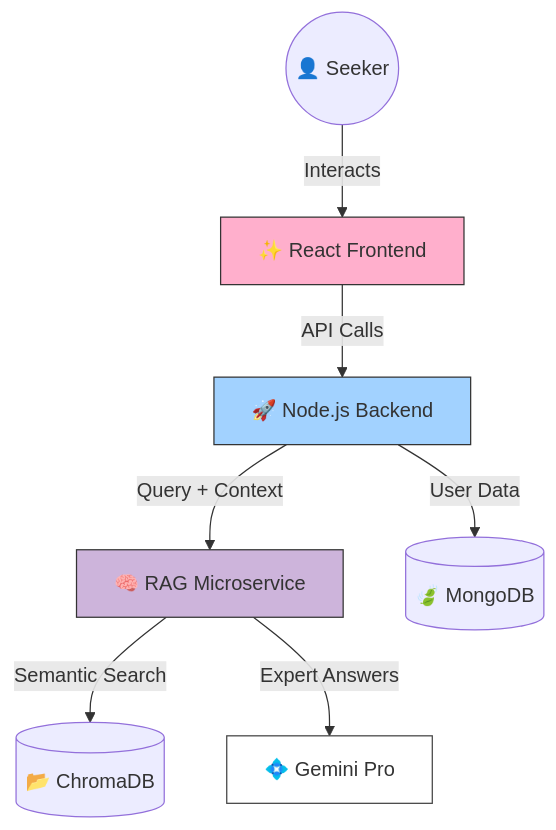
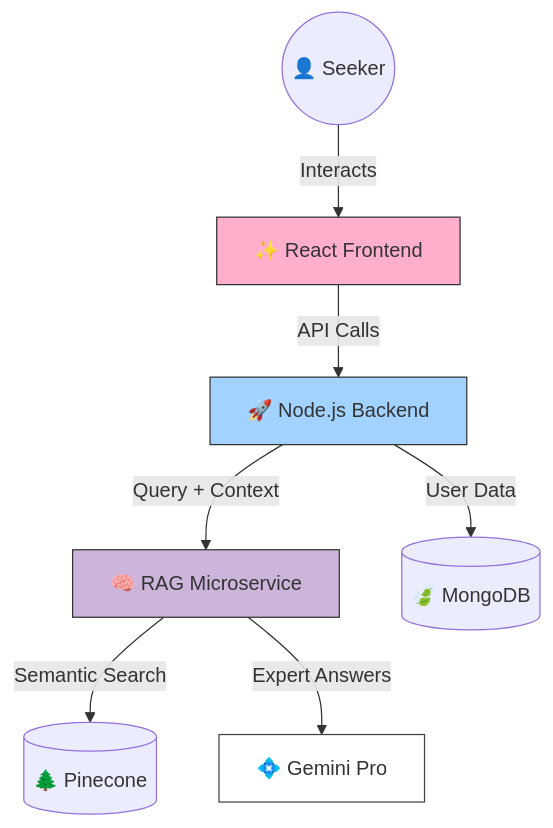
One commit to Siddh-2006/GWOC changed the diagram in README.md. Above: the diagram before and after it, drawn with Mermaid. The commit also changed other lines of this file and 12 other files, not shown here.

````diff
--- a/README.md
+++ b/README.md
@@ -52,14 +71,14 @@
 ```mermaid
 graph TD
     User((👤 Seeker)) -->|Interacts| UI[✨ React Frontend]
     UI -->|API Calls| BE[🚀 Node.js Backend]
     BE -->|Query + Context| AI[🧠 RAG Microservice]
-    AI -->|Semantic Search| DB[(📂 ChromaDB)]
+    AI -->|Semantic Search| DB[(🌲 Pinecone)]
     BE -->|User Data| MGO[(🍃 MongoDB)]
     AI -->|Expert Answers| GEM[💠 Gemini Pro]
     
     style UI fill:#ffafcc,stroke:#333
     style BE fill:#a2d2ff,stroke:#333
     style AI fill:#cdb4db,stroke:#333
     style GEM fill:#fff,stroke:#444
 ```
````
